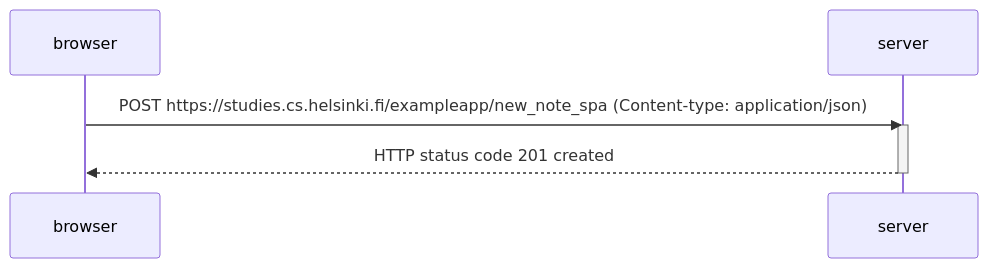
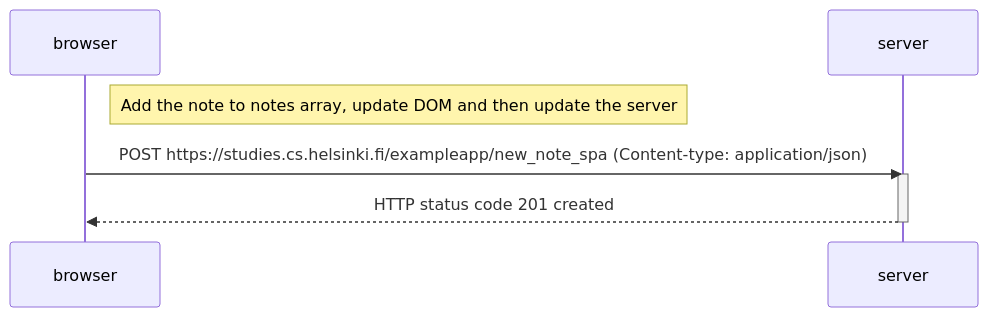
Before and after one commit to jfgulden/fullstackopen: the diagram in create_new_note_spa.md, drawn with Mermaid.

Commit message:
ej6 modificacion

````diff
--- a/create_new_note_spa.md
+++ b/create_new_note_spa.md
@@ -1,10 +1,11 @@
 ```mermaid
 sequenceDiagram
     participant browser
     participant server
     
+      Note right of browser: Add the note to notes array, update DOM and then update the server
     browser->>server: POST https://studies.cs.helsinki.fi/exampleapp/new_note_spa (Content-type: application/json)
     activate server
     server-->>browser: HTTP status code 201 created
     deactivate server
 ```
````
